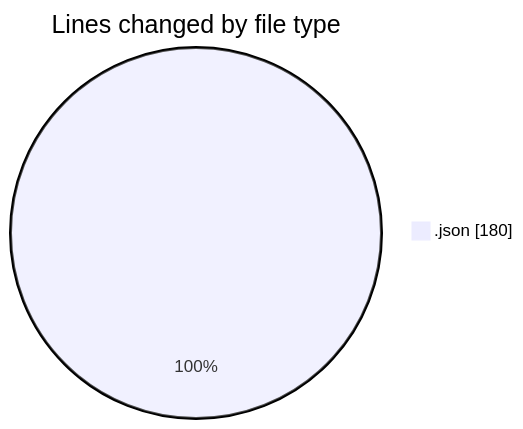
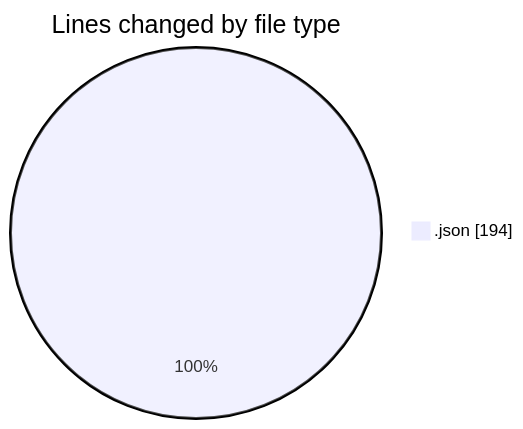
One commit to momahboobian/code-tracking changed the first of 2 diagrams in 2025-04-23/cda/README.md. Above: the diagram before and after it, drawn with Mermaid. The commit also changed other lines of this file and 1 other file, not shown here.

````diff
--- a/2025-04-23/cda/README.md
+++ b/2025-04-23/cda/README.md
@@ -20,5 +20,5 @@
 ```mermaid
 pie showData
 title Lines changed by file type
-".json" : 180
+".json" : 194
 ```
````
